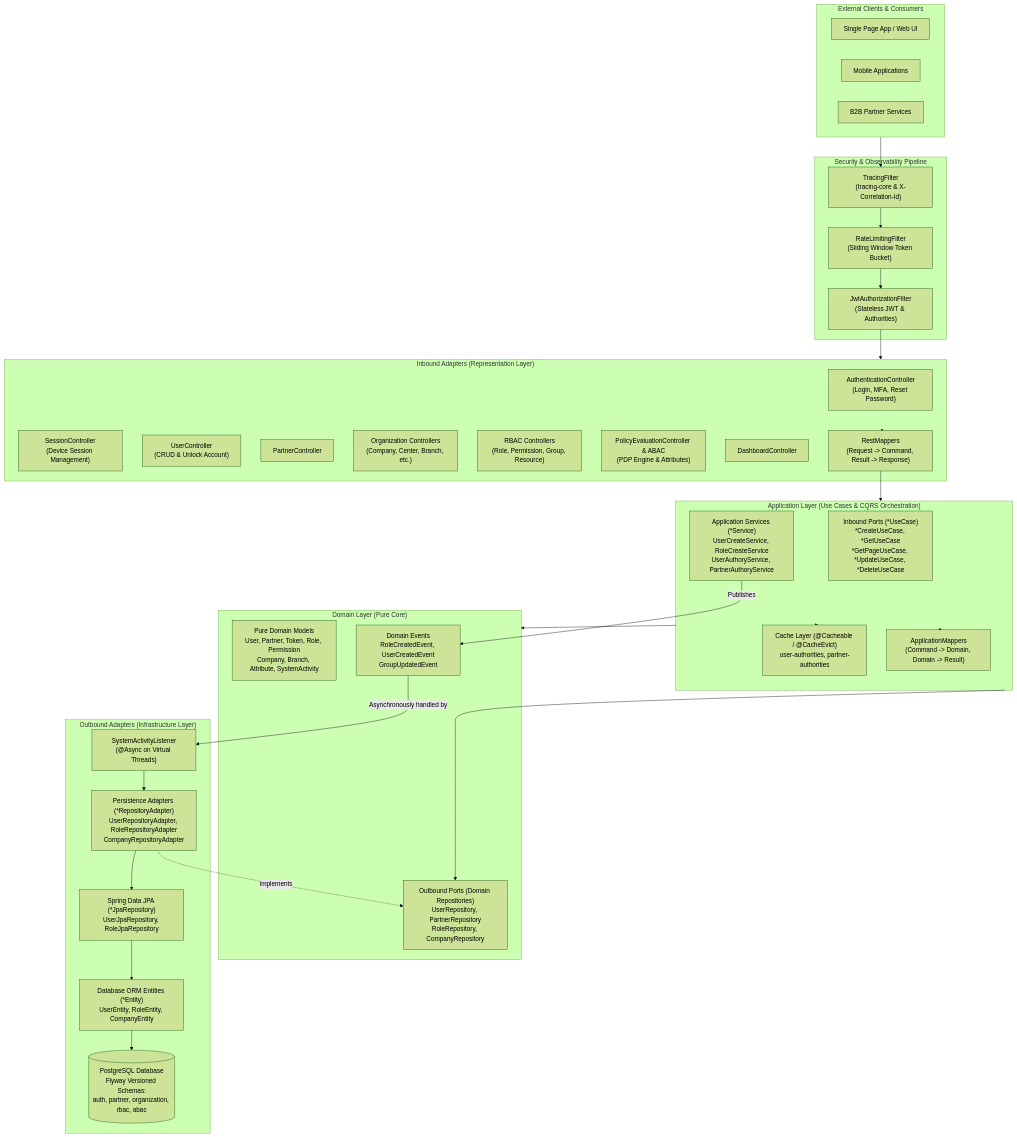
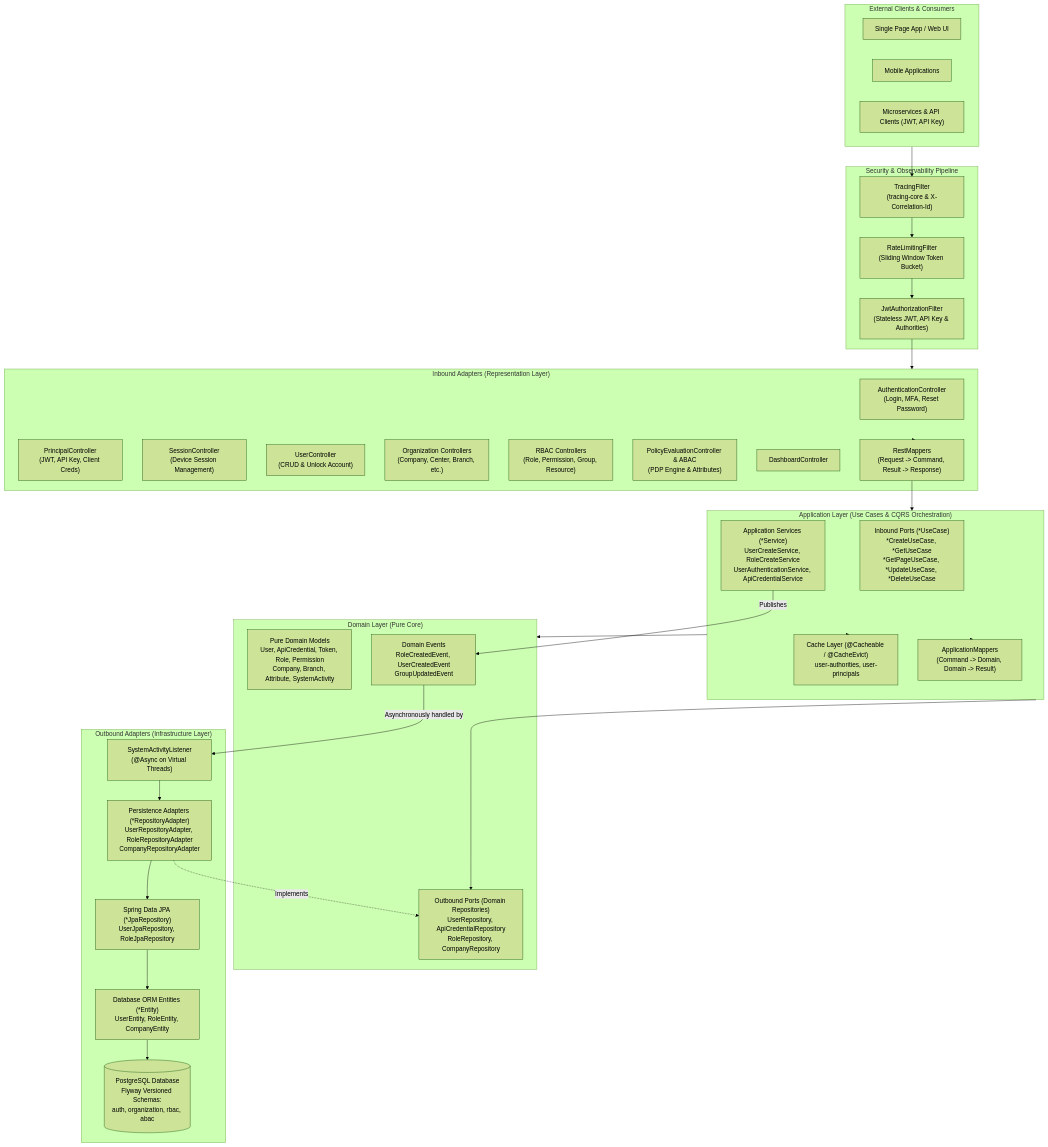
One commit to linhtn97/authory-service changed the diagram in docs/ARCHITECTURE.md. Above: the diagram before and after it, drawn with Mermaid (forest theme). The commit also changed other lines of this file and 138 other files, not shown here.

Commit message:
feat(auth): migrate partner to user api keys, add ApiKeyController, and upgrade multi-stage dockerfile

````diff
--- a/docs/ARCHITECTURE.md
+++ b/docs/ARCHITECTURE.md
@@ -29,65 +29,65 @@
 ```mermaid
 graph TD
     subgraph External_Clients ["External Clients & Consumers"]
         SPA["Single Page App / Web UI"]
         MOBILE["Mobile Applications"]
-        PARTNER_CLI["B2B Partner Services"]
+        API_CLIENTS["Microservices & API Clients (JWT, API Key)"]
     end
 
     subgraph Security_Filters ["Security & Observability Pipeline"]
         CORR_FILTER["TracingFilter<br/>(tracing-core & X-Correlation-Id)"]
         RATE_FILTER["RateLimitingFilter<br/>(Sliding Window Token Bucket)"]
-        JWT_FILTER["JwtAuthorizationFilter<br/>(Stateless JWT & Authorities)"]
+        JWT_FILTER["JwtAuthorizationFilter<br/>(Stateless JWT, API Key & Authorities)"]
     end
 
     subgraph Representation_Layer ["Inbound Adapters (Representation Layer)"]
         REST_AUTH["AuthenticationController<br/>(Login, MFA, Reset Password)"]
+        REST_PRINCIPAL["PrincipalController<br/>(JWT, API Key, Client Creds)"]
         REST_SESSION["SessionController<br/>(Device Session Management)"]
         REST_USER["UserController<br/>(CRUD & Unlock Account)"]
-        REST_PARTNER["PartnerController"]
         REST_ORG["Organization Controllers<br/>(Company, Center, Branch, etc.)"]
         REST_RBAC["RBAC Controllers<br/>(Role, Permission, Group, Resource)"]
         REST_ABAC["PolicyEvaluationController & ABAC<br/>(PDP Engine & Attributes)"]
         REST_DASH["DashboardController"]
         REST_MAPPERS["RestMappers<br/>(Request -> Command, Result -> Response)"]
     end
 
     subgraph Application_Layer ["Application Layer (Use Cases & CQRS Orchestration)"]
         USE_CASES["Inbound Ports (*UseCase)<br/>*CreateUseCase, *GetUseCase<br/>*GetPageUseCase, *UpdateUseCase, *DeleteUseCase"]
-        SERVICES["Application Services (*Service)<br/>UserCreateService, RoleCreateService<br/>UserAuthoryService, PartnerAuthoryService"]
-        CACHE["Cache Layer (@Cacheable / @CacheEvict)<br/>user-authorities, partner-authorities"]
+        SERVICES["Application Services (*Service)<br/>UserCreateService, RoleCreateService<br/>UserAuthenticationService, ApiCredentialService"]
+        CACHE["Cache Layer (@Cacheable / @CacheEvict)<br/>user-authorities, user-principals"]
         APP_MAPPERS["ApplicationMappers<br/>(Command -> Domain, Domain -> Result)"]
     end
 
     subgraph Domain_Layer ["Domain Layer (Pure Core)"]
-        MODELS["Pure Domain Models<br/>User, Partner, Token, Role, Permission<br/>Company, Branch, Attribute, SystemActivity"]
-        REPO_PORTS["Outbound Ports (Domain Repositories)<br/>UserRepository, PartnerRepository<br/>RoleRepository, CompanyRepository"]
+        MODELS["Pure Domain Models<br/>User, ApiCredential, Token, Role, Permission<br/>Company, Branch, Attribute, SystemActivity"]
+        REPO_PORTS["Outbound Ports (Domain Repositories)<br/>UserRepository, ApiCredentialRepository<br/>RoleRepository, CompanyRepository"]
         DOMAIN_EVENTS["Domain Events<br/>RoleCreatedEvent, UserCreatedEvent<br/>GroupUpdatedEvent"]
     end
 
     subgraph Infrastructure_Layer ["Outbound Adapters (Infrastructure Layer)"]
         PERSIST_ADAPTERS["Persistence Adapters (*RepositoryAdapter)<br/>UserRepositoryAdapter, RoleRepositoryAdapter<br/>CompanyRepositoryAdapter"]
         JPA_REPOS["Spring Data JPA (*JpaRepository)<br/>UserJpaRepository, RoleJpaRepository"]
         JPA_ENTITIES["Database ORM Entities (*Entity)<br/>UserEntity, RoleEntity, CompanyEntity"]
         ASYNC_LISTENER["SystemActivityListener<br/>(@Async on Virtual Threads)"]
-        DB[(PostgreSQL Database<br/>Flyway Versioned Schemas:<br/>auth, partner, organization, rbac, abac)]
+        DB[(PostgreSQL Database<br/>Flyway Versioned Schemas:<br/>auth, organization, rbac, abac)]
     end
 
     External_Clients --> CORR_FILTER
     CORR_FILTER --> RATE_FILTER
     RATE_FILTER --> JWT_FILTER
     JWT_FILTER --> Representation_Layer
     Representation_Layer --> REST_MAPPERS
     REST_MAPPERS --> Application_Layer
     Application_Layer --> CACHE
     Application_Layer --> APP_MAPPERS
     Application_Layer --> Domain_Layer
     Application_Layer --> REPO_PORTS
     PERSIST_ADAPTERS -.->|Implements| REPO_PORTS
     SERVICES -->|Publishes| DOMAIN_EVENTS
     DOMAIN_EVENTS -->|Asynchronously handled by| ASYNC_LISTENER
     ASYNC_LISTENER --> PERSIST_ADAPTERS
     PERSIST_ADAPTERS --> JPA_REPOS
     JPA_REPOS --> JPA_ENTITIES
     JPA_ENTITIES --> DB
 ```
````
